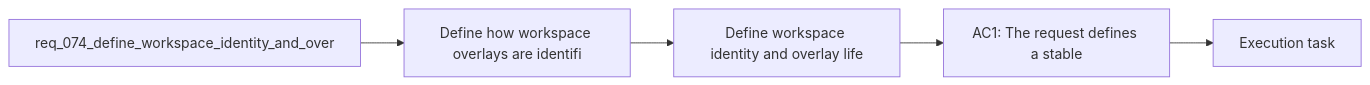
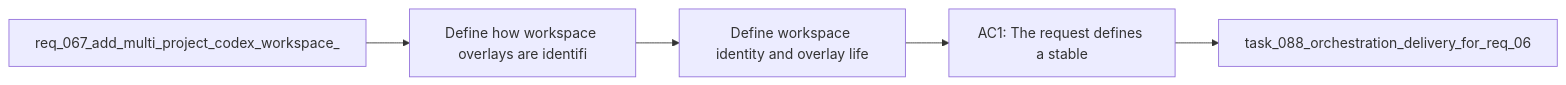
The diagram in logics/backlog/item_097_define_workspace_identity_and_overlay_lifecycle_for_moved_or_renamed_repositories.md (AlexAgo83/logics-manager), drawn with Mermaid before and after one commit. The commit also changed other lines of this file and 481 other files, not shown here.

````diff
--- a/logics/backlog/item_097_define_workspace_identity_and_overlay_lifecycle_for_moved_or_renamed_repositories.md
+++ b/logics/backlog/item_097_define_workspace_identity_and_overlay_lifecycle_for_moved_or_renamed_repositories.md
@@ -22,9 +22,9 @@
 ```mermaid
 %% logics-kind: backlog
 %% logics-signature: backlog|define-workspace-identity-and-overlay-li|req-067-add-multi-project-codex-workspac|define-how-workspace-overlays-are-identi|ac1-the-request-defines-a-stable
 flowchart LR
-    Request[req_074_define_workspace_identity_and_over] --> Problem[Define how workspace overlays are identifi]
+    Request[req_067_add_multi_project_codex_workspace_] --> Problem[Define how workspace overlays are identifi]
     Problem --> Scope[Define workspace identity and overlay life]
     Scope --> Acceptance[AC1: The request defines a stable]
-    Acceptance --> Tasks[Execution task]
+    Acceptance --> Tasks[task_088_orchestration_delivery_for_req_06]
 ```
````
